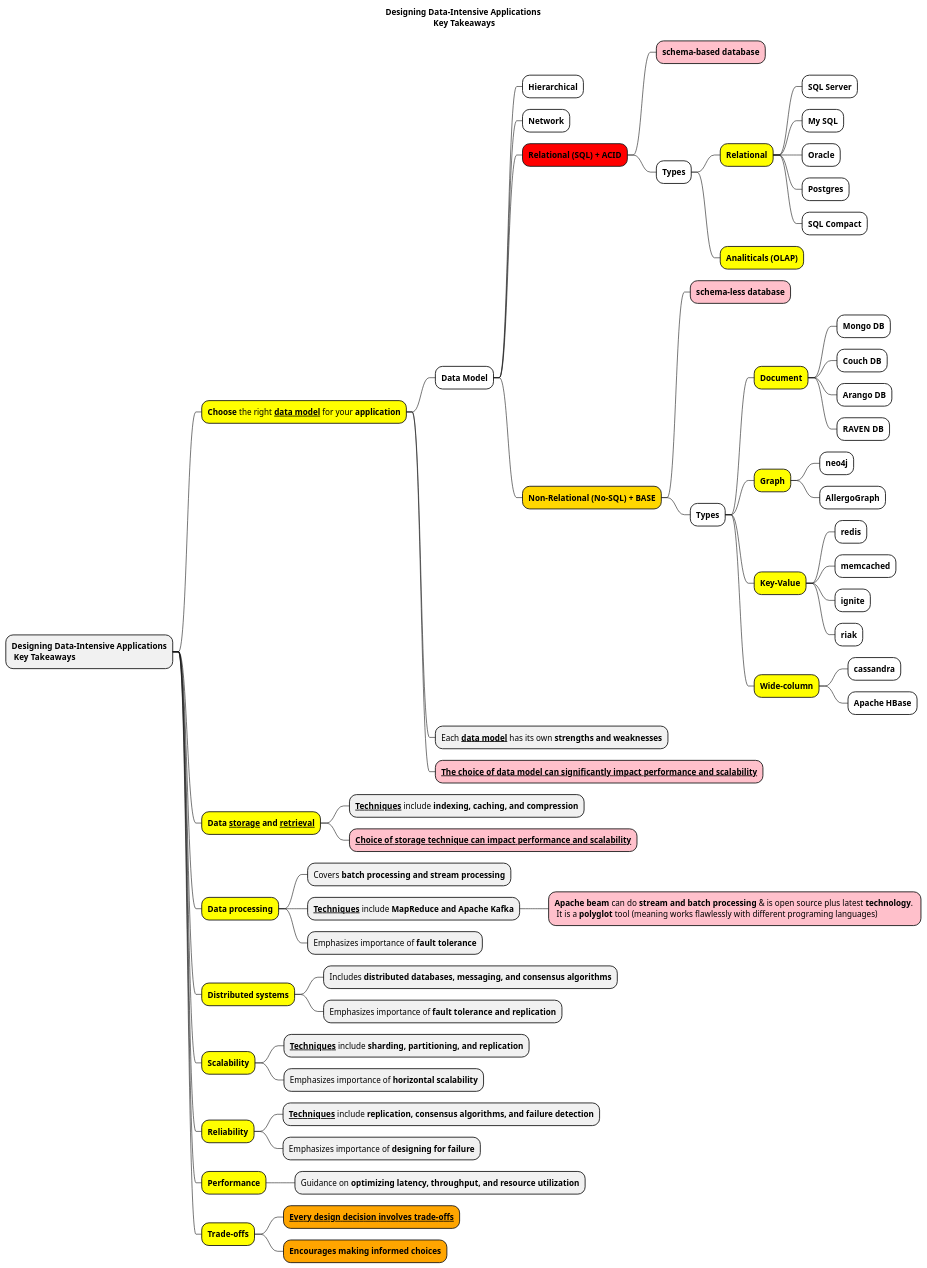
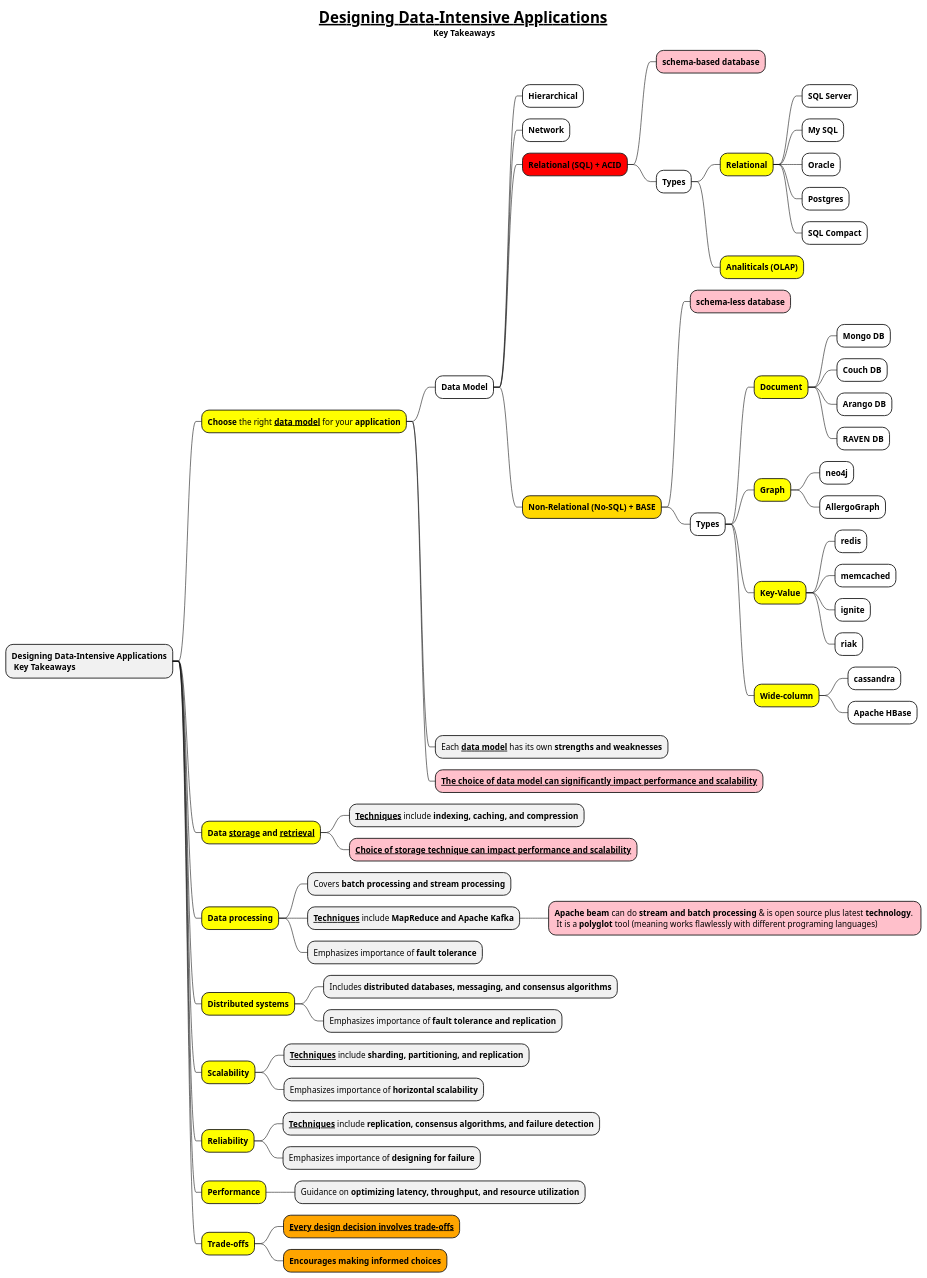
One commit to MehmoodHashmi/Documentation-as-Code-DaC changed the diagram in docs/books/1-books-backlog/DBMS/Designing-Data-Intensive-Applications.puml. Above: the diagram before and after it, drawn with PlantUML. The commit also changed 111 other files, not shown here.

Commit message:
added new mindmaps

```diff
--- a/docs/books/1-books-backlog/DBMS/Designing-Data-Intensive-Applications.puml
+++ b/docs/books/1-books-backlog/DBMS/Designing-Data-Intensive-Applications.puml
@@ -1,64 +1,64 @@
 @startmindmap
 
-title  **Designing Data-Intensive Applications**\n **Key Takeaways**
+title  = __**Designing Data-Intensive Applications**__\n **Key Takeaways**
 
 *  **Designing Data-Intensive Applications**\n **Key Takeaways**
 **[#yellow] **Choose** the right **__data model__** for your **application**
 ***[#white] **Data Model**
 ****[#white] **Hierarchical**
 ****[#white] **Network**
 ****[#red] **Relational (SQL) + ACID**
 *****[#pink]  **schema-based database**
 *****[#white]  **Types**
 ******[#yellow]  **Relational**
 *******[#white]  **SQL Server**
 *******[#white]  **My SQL**
 *******[#white]  **Oracle**
 *******[#white]  **Postgres**
 *******[#white]  **SQL Compact**
 ******[#yellow]  **Analiticals (OLAP)**
 ****[#gold] **Non-Relational (No-SQL) + BASE**
 *****[#pink] **schema-less database**
 *****[#white] **Types**
 ******[#yellow] **Document**
 *******[#white] **Mongo DB**
 *******[#white] **Couch DB**
 *******[#white] **Arango DB**
 *******[#white] **RAVEN DB**
 ******[#yellow] **Graph**
 *******[#white] **neo4j**
 *******[#white] **AllergoGraph**
 ******[#yellow] **Key-Value**
 *******[#white] **redis**
 *******[#white] **memcached**
 *******[#white] **ignite**
 *******[#white] **riak**
 ******[#yellow] **Wide-column**
 *******[#white] **cassandra**
 *******[#white] **Apache HBase**
 *** Each **__data model__** has its own **strengths and weaknesses**
 ***[#pink] **__The choice of data model can significantly impact performance and scalability__**
 **[#yellow] **Data __storage__ and __retrieval__**
 *** **__Techniques__** include **indexing, caching, and compression**
 ***[#pink] __**Choice of storage technique can impact performance and scalability**__
 **[#yellow] **Data processing**
 *** Covers **batch processing and stream processing**
 *** **__Techniques__** include **MapReduce and Apache Kafka**
 ****[#pink] **Apache beam** can do **stream and batch processing** & is open source plus latest **technology**. \n It is a **polyglot** tool (meaning works flawlessly with different programing languages)
 *** Emphasizes importance of **fault tolerance**
 **[#yellow] **Distributed systems**
 *** Includes **distributed databases, messaging, and consensus algorithms**
 *** Emphasizes importance of **fault tolerance and replication**
 **[#yellow] **Scalability**
 *** **__Techniques__** include **sharding, partitioning, and replication**
 *** Emphasizes importance of **horizontal scalability**
 **[#yellow] **Reliability**
 *** **__Techniques__** include **replication, consensus algorithms, and failure detection**
 *** Emphasizes importance of **designing for failure**
 **[#yellow] **Performance**
 *** Guidance on **optimizing latency, throughput, and resource utilization**
 **[#yellow] **Trade-offs**
 ***[#orange] **__Every design decision involves trade-offs__**
 ***[#orange] **Encourages making informed choices**
 
 @endmindmap
```
